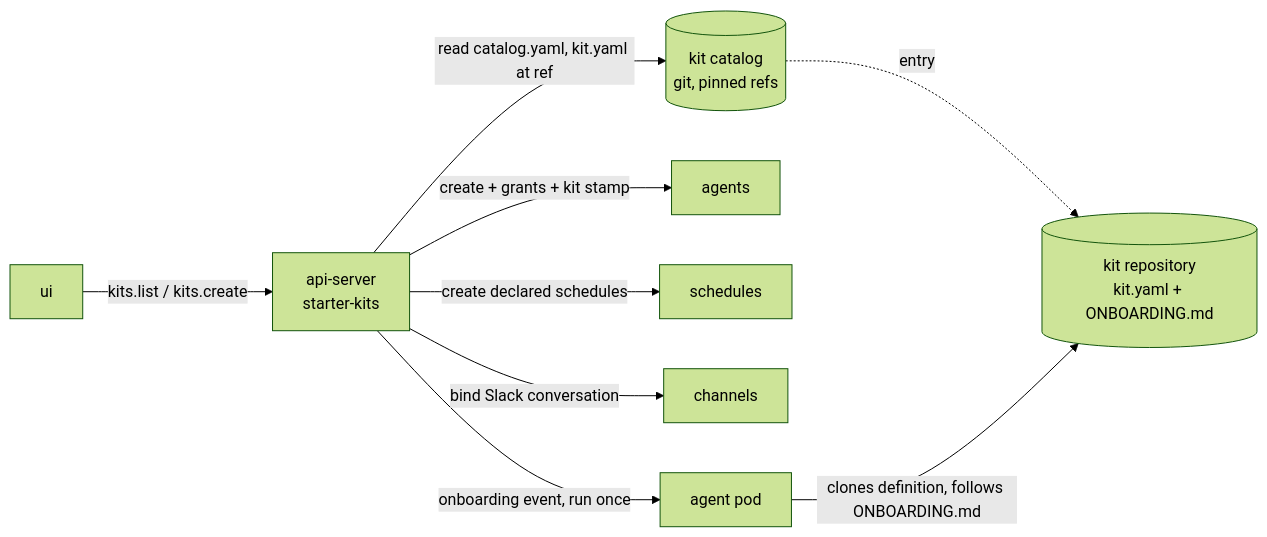
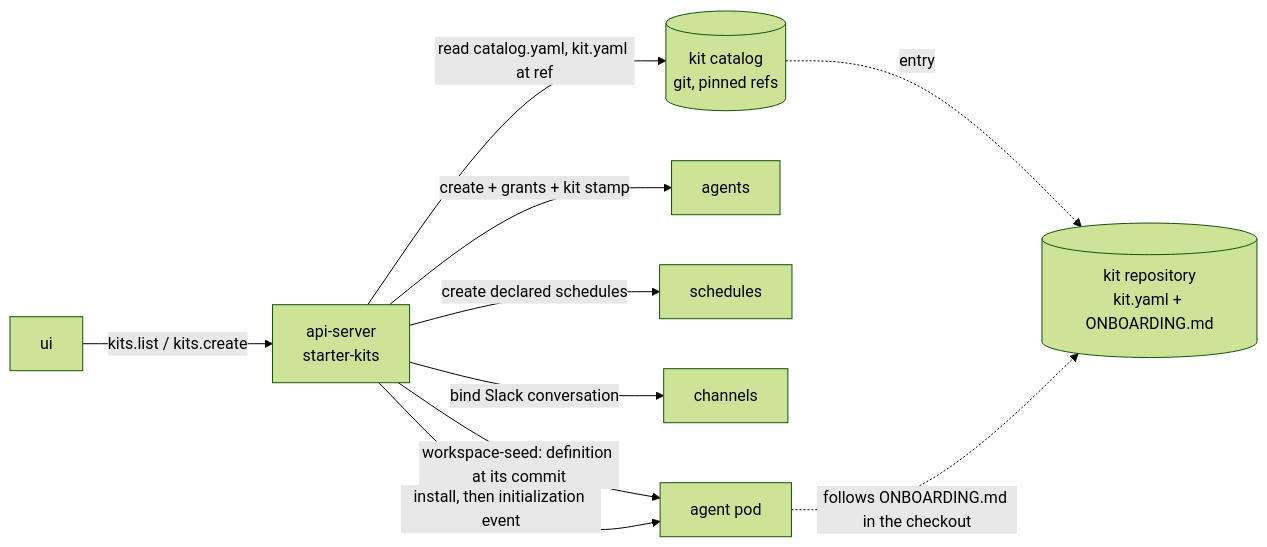
Before and after one commit to dam-agents/dam: the diagram in docs/architecture/starter-kits.md, drawn with Mermaid (forest theme). The commit also changed other lines of this file and 6 other files, not shown here.

First line of the commit message:
feat(starter-kits): the kit's seed is the workspace seed

````diff
--- a/docs/architecture/starter-kits.md
+++ b/docs/architecture/starter-kits.md
@@ -13,20 +13,21 @@
 ```mermaid
 flowchart LR
   catalog[(kit catalog<br/>git, pinned refs)]
   kitrepo[(kit repository<br/>kit.yaml + ONBOARDING.md)]
   ui[ui]
   api[api-server<br/>starter-kits]
   agents[agents]
   schedules[schedules]
   channels[channels]
   pod[agent pod]
 
   api -->|read catalog.yaml, kit.yaml at ref| catalog
   catalog -.->|entry| kitrepo
   ui -->|kits.list / kits.create| api
   api -->|create + grants + kit stamp| agents
   api -->|create declared schedules| schedules
   api -->|bind Slack conversation| channels
-  api -->|onboarding event, run once| pod
-  pod -->|clones definition, follows ONBOARDING.md| kitrepo
+  api -->|workspace-seed: definition at its commit| pod
+  api -->|install, then initialization event| pod
+  pod -.->|follows ONBOARDING.md in the checkout| kitrepo
 ```
````
